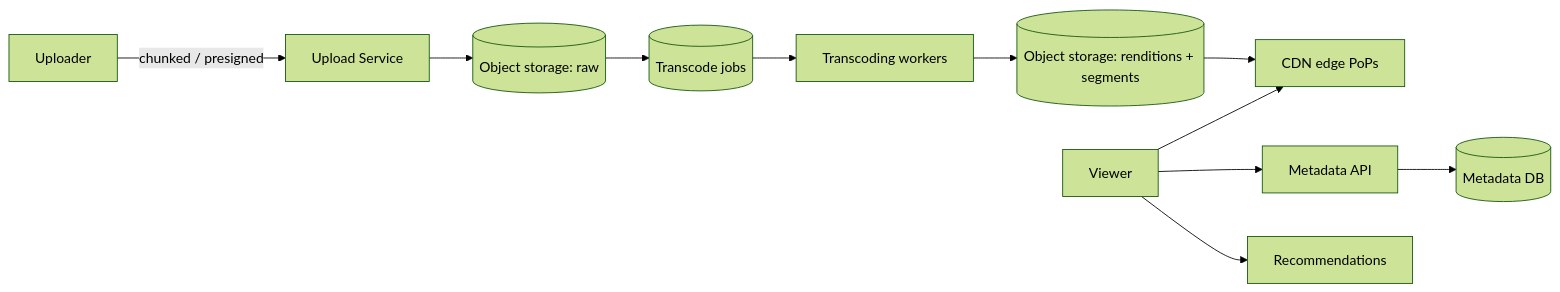
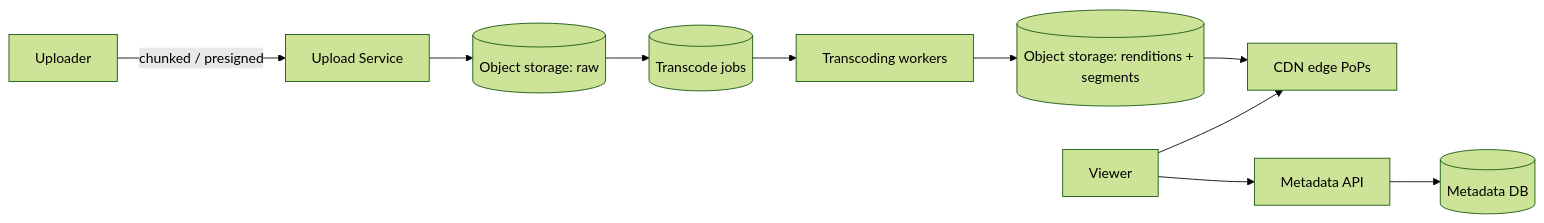
The first of 2 diagrams in system-design/2-case-studies/video-streaming.md (hiepgithub2001/swedocs), drawn with Mermaid (forest theme) before and after one commit. The commit also changed other lines of this file and 3 other files, not shown here.

````diff
--- a/system-design/2-case-studies/video-streaming.md
+++ b/system-design/2-case-studies/video-streaming.md
@@ -30,11 +45,9 @@
 ```mermaid
 flowchart LR
     Up[Uploader] -->|chunked / presigned| US[Upload Service] --> Raw[(Object storage: raw)]
-    Raw --> TQ[(Transcode jobs)]
-    TQ --> TW[Transcoding workers]
+    Raw --> TQ[(Transcode jobs)] --> TW[Transcoding workers]
     TW --> Enc[(Object storage: renditions + segments)]
     Enc --> CDN[CDN edge PoPs]
     Viewer --> CDN
     Viewer --> Meta[Metadata API] --> MetaDB[(Metadata DB)]
-    Viewer --> Rec[Recommendations]
 ```
````
